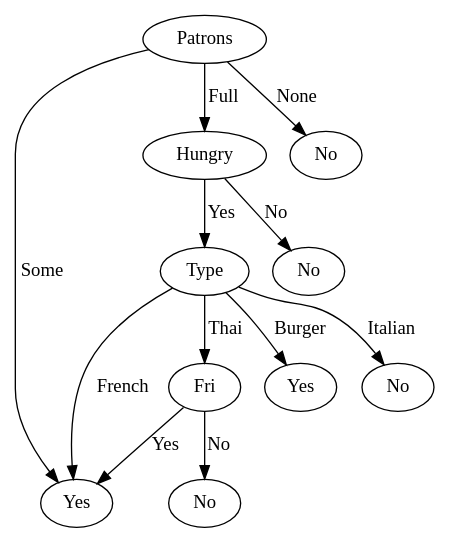
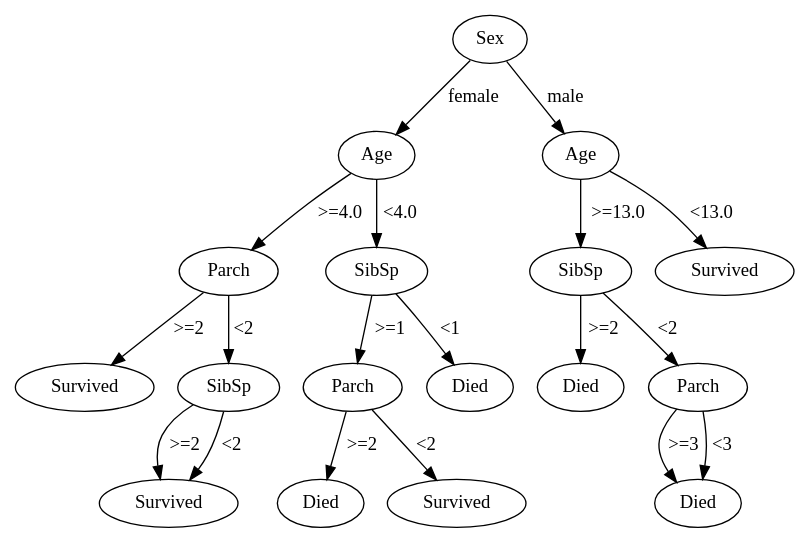
One commit to Jorgro/TDT4171-Methods-in-AI changed the diagram in test.gv. Above: the diagram before and after it, drawn with Graphviz. The commit also changed 4 other files, not shown here.

```diff
--- a/test.gv
+++ b/test.gv
@@ -1,36 +1,57 @@
 // Network
 digraph {
-	Patrons0 [label=Patrons]
-	10 [label=Yes]
-	Patrons0 -> 10 [label=Some]
-	Patrons0 [label=Patrons]
-	Hungry0 [label=Hungry]
-	Patrons0 -> Hungry0 [label=Full]
-	Hungry0 [label=Hungry]
-	Type0 [label=Type]
-	Hungry0 -> Type0 [label=Yes]
-	Type0 [label=Type]
-	10 [label=Yes]
-	Type0 -> 10 [label=French]
-	Type0 [label=Type]
-	Fri0 [label=Fri]
-	Type0 -> Fri0 [label=Thai]
-	Fri0 [label=Fri]
-	00 [label=No]
-	Fri0 -> 00 [label=No]
-	Fri0 [label=Fri]
-	10 [label=Yes]
-	Fri0 -> 10 [label=Yes]
-	Type0 [label=Type]
-	11 [label=Yes]
-	Type0 -> 11 [label=Burger]
-	Type0 [label=Type]
-	01 [label=No]
-	Type0 -> 01 [label=Italian]
-	Hungry0 [label=Hungry]
-	02 [label=No]
-	Hungry0 -> 02 [label=No]
-	Patrons0 [label=Patrons]
-	03 [label=No]
-	Patrons0 -> 03 [label=None]
+	Sex0 [label=Sex]
+	Age0 [label=Age]
+	Sex0 -> Age0 [label=female]
+	Age0 [label=Age]
+	Parch0 [label=Parch]
+	Age0 -> Parch0 [label=">=4.0"]
+	Parch0 [label=Parch]
+	12 [label=Survived]
+	Parch0 -> 12 [label=">=2"]
+	Parch0 [label=Parch]
+	SibSp0 [label=SibSp]
+	Parch0 -> SibSp0 [label="<2"]
+	SibSp0 [label=SibSp]
+	13 [label=Survived]
+	SibSp0 -> 13 [label=">=2"]
+	SibSp0 [label=SibSp]
+	13 [label=Survived]
+	SibSp0 -> 13 [label="<2"]
+	Age0 [label=Age]
+	SibSp1 [label=SibSp]
+	Age0 -> SibSp1 [label="<4.0"]
+	SibSp1 [label=SibSp]
+	Parch1 [label=Parch]
+	SibSp1 -> Parch1 [label=">=1"]
+	Parch1 [label=Parch]
+	07 [label=Died]
+	Parch1 -> 07 [label=">=2"]
+	Parch1 [label=Parch]
+	17 [label=Survived]
+	Parch1 -> 17 [label="<2"]
+	SibSp1 [label=SibSp]
+	08 [label=Died]
+	SibSp1 -> 08 [label="<1"]
+	Sex0 [label=Sex]
+	Age1 [label=Age]
+	Sex0 -> Age1 [label=male]
+	Age1 [label=Age]
+	SibSp2 [label=SibSp]
+	Age1 -> SibSp2 [label=">=13.0"]
+	SibSp2 [label=SibSp]
+	012 [label=Died]
+	SibSp2 -> 012 [label=">=2"]
+	SibSp2 [label=SibSp]
+	Parch2 [label=Parch]
+	SibSp2 -> Parch2 [label="<2"]
+	Parch2 [label=Parch]
+	013 [label=Died]
+	Parch2 -> 013 [label=">=3"]
+	Parch2 [label=Parch]
+	013 [label=Died]
+	Parch2 -> 013 [label="<3"]
+	Age1 [label=Age]
+	115 [label=Survived]
+	Age1 -> 115 [label="<13.0"]
 }
```
